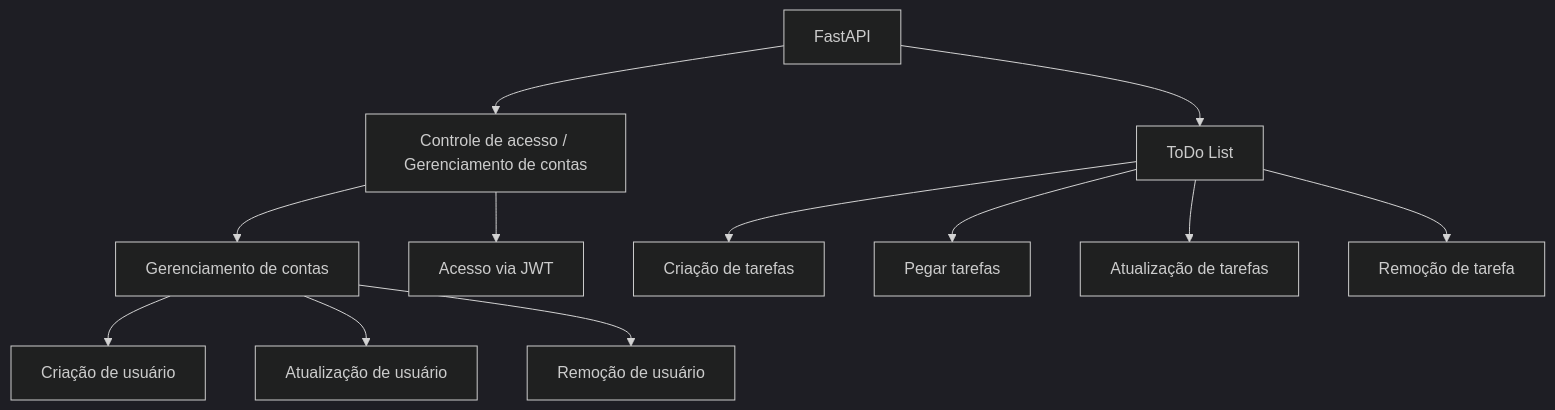
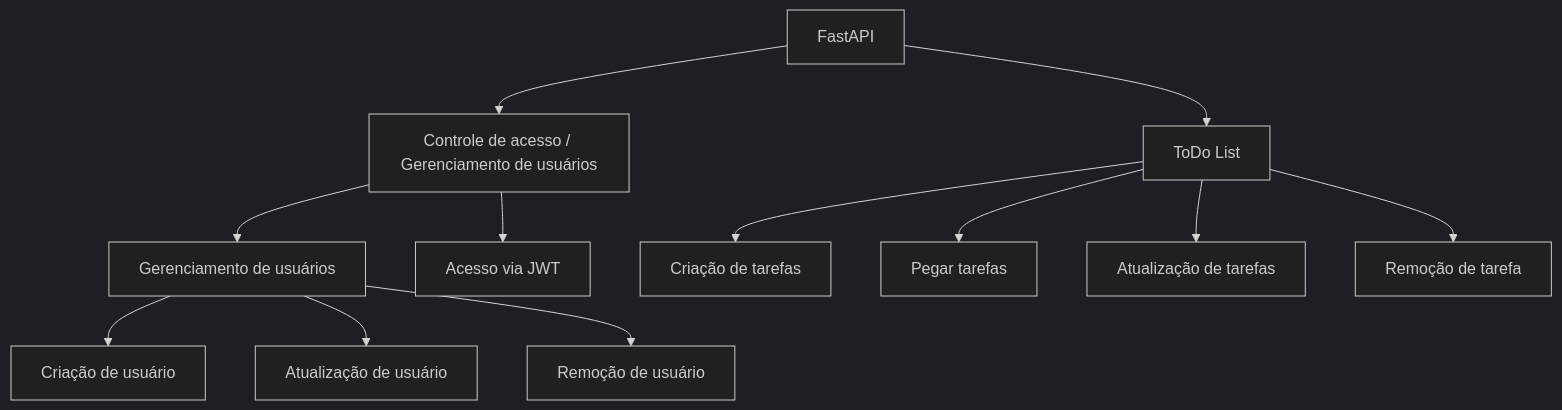
One commit to Oseiasdfarias/full_fast_api changed the diagram in README.md. Above: the diagram before and after it, drawn with Mermaid (dark theme). The commit also changed other lines of this file, not shown here.

Commit message:
docs: update do readme

````diff
--- a/README.md
+++ b/README.md
@@ -33,14 +33,14 @@
 ```mermaid
 graph TD;
-    A[FastAPI] --> A1[Controle de acesso / Gerenciamento de contas] --> A2[Gerenciamento de contas]
+    A[FastAPI] --> A1[Controle de acesso / Gerenciamento de usuários] --> A2[Gerenciamento de usuários]
     A2 --> A3[Criação de usuário]
     A2 --> A4[Atualização de usuário]
     A2 --> A5[Remoção de usuário]
     A1 --> A6[Acesso via JWT]
     A --> B[ToDo List]
     B --> B1[Criação de tarefas]
     B --> B2[Pegar tarefas]
     B --> B3[Atualização de tarefas]
     B --> B4[Remoção de tarefa]
 
 ```
````
